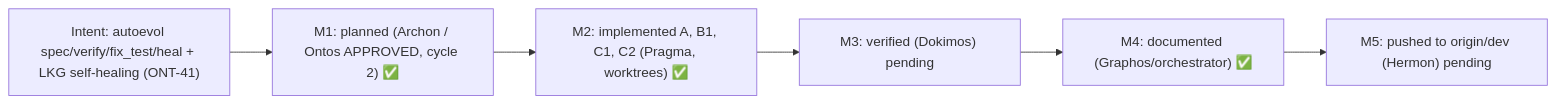
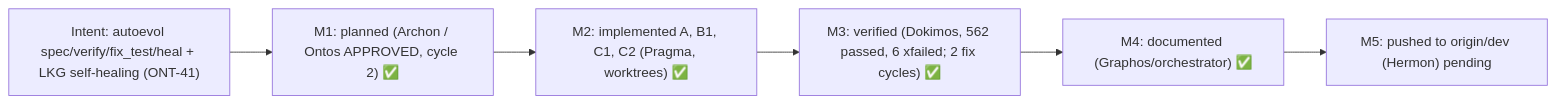
Before and after one commit to ancrz/agent-execution-plane: diagram 17 of 21 in README.md, drawn with Mermaid. The commit also changed other lines of this file and 5 other files, not shown here.

````diff
--- a/README.md
+++ b/README.md
@@ -1064,8 +1064,8 @@
 ```mermaid
 flowchart LR
     I["Intent: autoevol spec/verify/fix_test/heal + LKG self-healing (ONT-41)"] --> M1["M1: planned (Archon / Ontos APPROVED, cycle 2) ✅"]
     M1 --> M2["M2: implemented A, B1, C1, C2 (Pragma, worktrees) ✅"]
-    M2 --> M3["M3: verified (Dokimos) pending"]
+    M2 --> M3["M3: verified (Dokimos, 562 passed, 6 xfailed; 2 fix cycles) ✅"]
     M3 --> M4["M4: documented (Graphos/orchestrator) ✅"]
     M4 --> M5["M5: pushed to origin/dev (Hermon) pending"]
 ```
````
